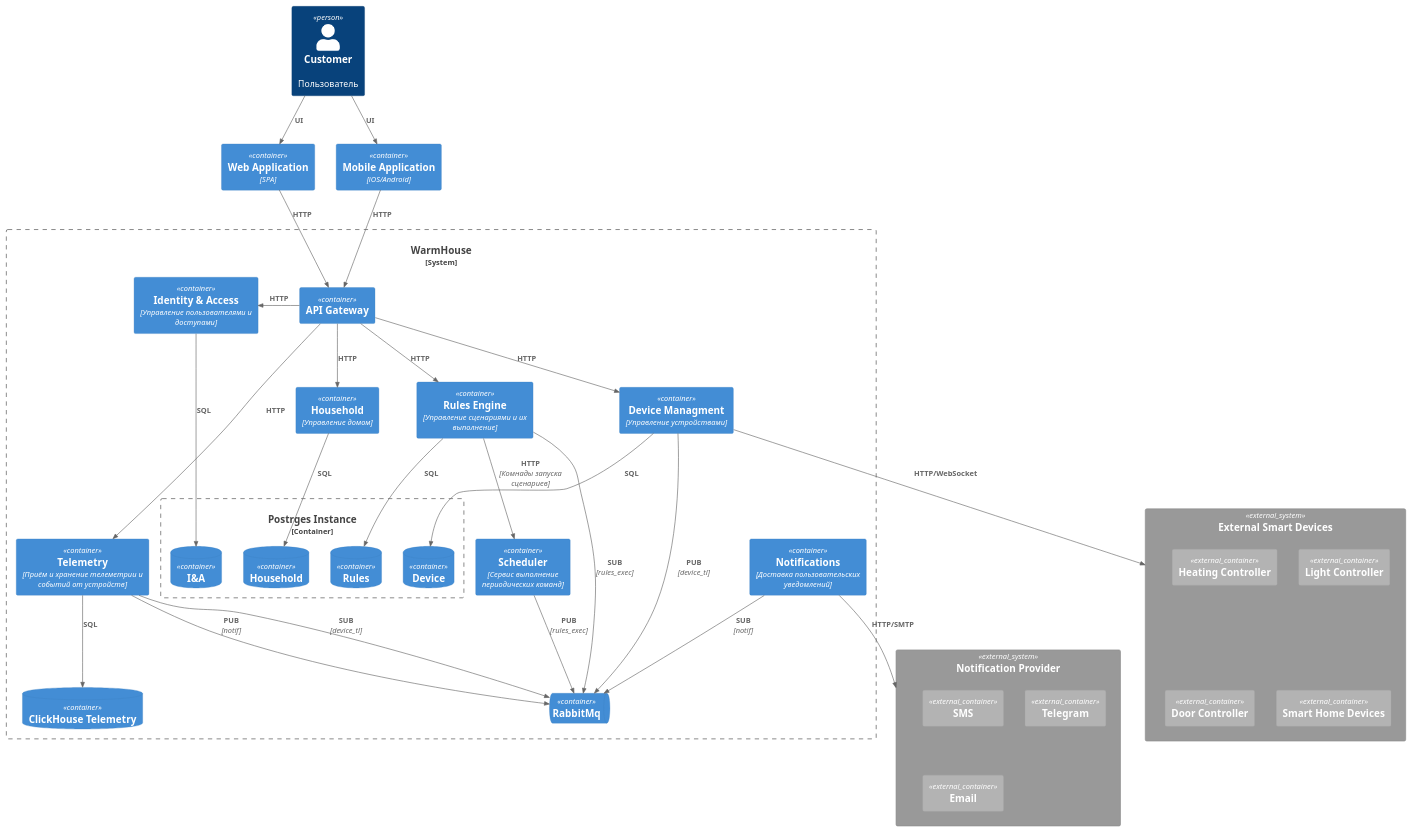
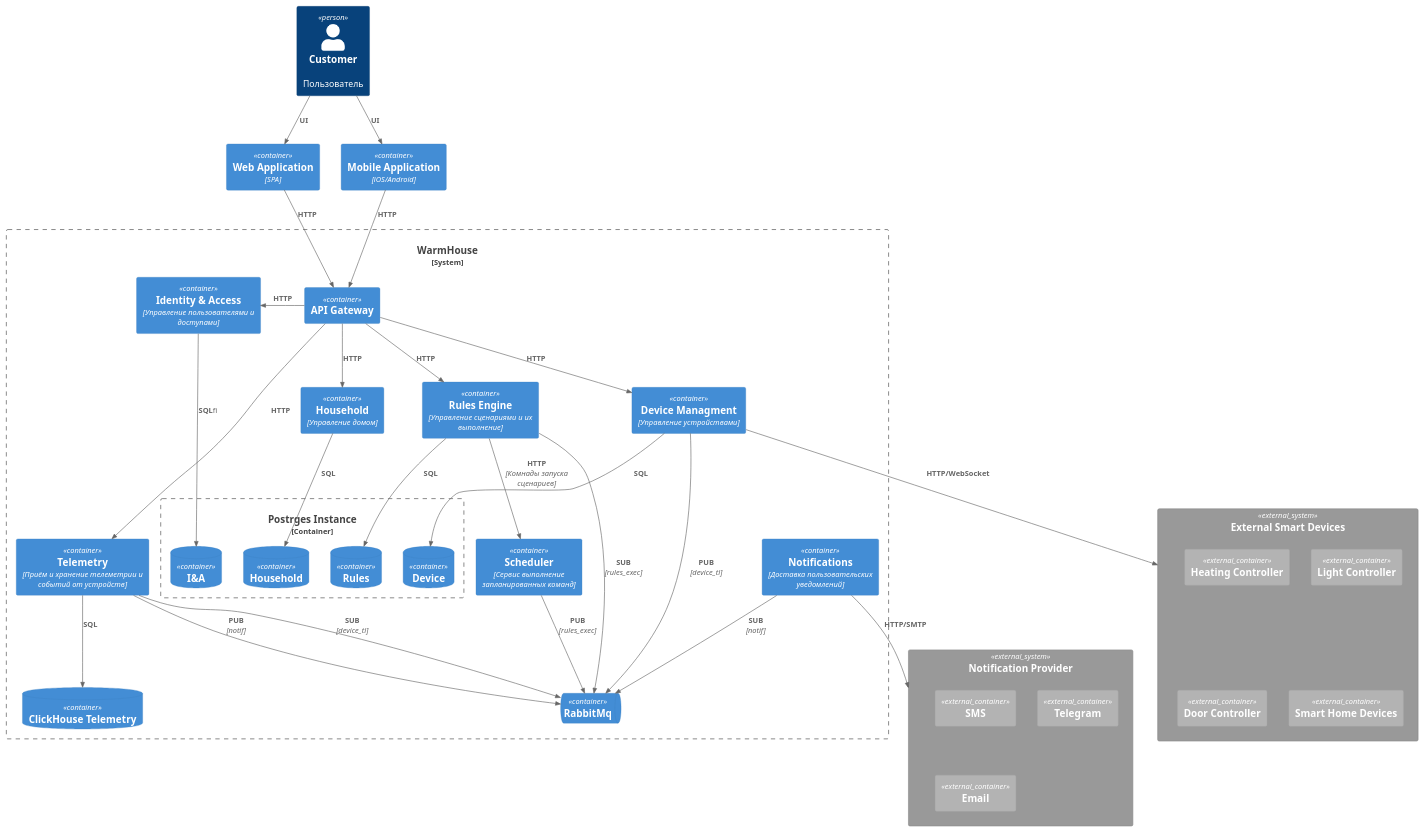
One commit to Meeluck/architecture-warmhouse changed the diagram in container.puml. Above: the diagram before and after it, drawn with PlantUML.

```diff
--- a/container.puml
+++ b/container.puml
@@ -1,98 +1,95 @@
 @startuml
 !include https://raw.githubusercontent.com/plantuml-stdlib/C4-PlantUML/master/C4_Container.puml
 
 Person(user,"Customer","Пользователь")
 
 Container(webApp,"Web Application","SPA")
 Container(mobApp,"Mobile Application","iOS/Android")
 
 System_Boundary(wh,WarmHouse){
     Container(gw, "API Gateway")
 
     ContainerQueue(rm,RabbitMq)
 
     Container(ia,"Identity & Access","Управление пользователями и доступами")
     Container(hh,"Household","Управление домом")
     Container(tm,Telemetry,Приём и хранение телеметрии и событий от устройств)
     Container(re, Rules Engine,Управление сценариями и их выполнение)
     Container(dm,"Device Managment",Управление устройствами)
 
     Rel_Left(gw,ia,HTTP)
     Rel_Down(gw,hh,HTTP)
     Rel_Down(gw,dm,HTTP)
     Rel_Down(gw,tm,HTTP)
     Rel_Down(gw,re,HTTP)
 
-'    Rel_R(re,hh,HTTP,Ин-ия о доме)
-'    Rel_R(re,dm,HTTP,Ин-ия об устройствах)
-
     Container(ntf,Notifications,Доставка пользовательских уведомлений)
-    Container(sh,Scheduler,"Сервис выполнение периодических команд")
+    Container(sh,Scheduler,"Сервис выполнение запланированных команд")
 
     Container_Boundary(db,Postrges Instance){
         ContainerDb(ia_db, I&A)
         ContainerDb(hh_db, Household)
         ContainerDb(re_db, Rules)
         ContainerDb(dm_db, "Device")
     }
 
     ContainerDb(ch_tl, ClickHouse Telemetry)
 
     'Postrges Rels
-    Rel(ia,ia_db,SQL)
+    Rel(ia,ia_db,SQL)ﬁ
     Rel(hh,hh_db,SQL)
     Rel(re,re_db,SQL)
     Rel(dm,dm_db,SQL)
 
     Rel(tm,ch_tl,SQL)
 
     'RabbitMq Rels
     Rel(ntf,rm,SUB,notif)
     Rel(re,rm,SUB,rules_exec)
     Rel(dm,rm,PUB,device_tl)
     Rel(tm,rm,SUB,device_tl)
 
     Rel(tm,rm,PUB,notif)
 
     Rel(re,sh,HTTP,Комнады запуска сценариев)
     Rel(sh,rm,PUB,rules_exec)
 }
 
 Rel(user,webApp,"UI")
 Rel(user,mobApp,"UI")
 Rel(webApp,gw,"HTTP")
 Rel(mobApp,gw,"HTTP")
 
 
 
 
 System_Ext(extDev,"External Smart Devices"){
     Container_Ext(heating,"Heating Controller")
     Container_Ext(light,"Light Controller")
     Container_Ext(door,"Door Controller")
     Container_Ext(shd,"Smart Home Devices")
 }
 
 System_Ext(notifProvider,"Notification Provider"){
     Container_Ext(smsNotif,"SMS")
     Container_Ext(tgNotif,"Telegram")
     Container_Ext(emailNotif,Email)
 }
 Rel(ntf,notifProvider,HTTP/SMTP)
 
 Rel(dm,extDev,HTTP/WebSocket)
 
 'System_Ext(extDev,"External Smart Devices")
 
 '    Container_Boundary(dm,"Device Managment",Управление устройствами){
 '        Container(do,"Device Onboarding ","Подключение устройства")
 '        Container(dg,"Device GateWay","Интеграционный слой управления устройствами")
 '        Container(dr,"Device Registry","Управление устройствами дома")
 '    }
 
 '    Container_Boundary(dm,"Device Managment",Управление устройствами){
 '        Container(do,"Device Onboarding ","Подключение устройства")
 '        Container(dg,"Device GateWay","Интеграционный слой управления устройствами")
 '        Container(dr,"Device Registry","Управление устройствами дома")
 '    }
 @enduml
```
